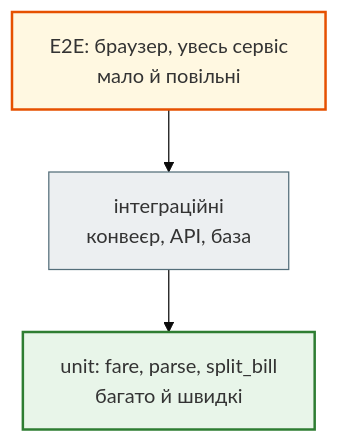
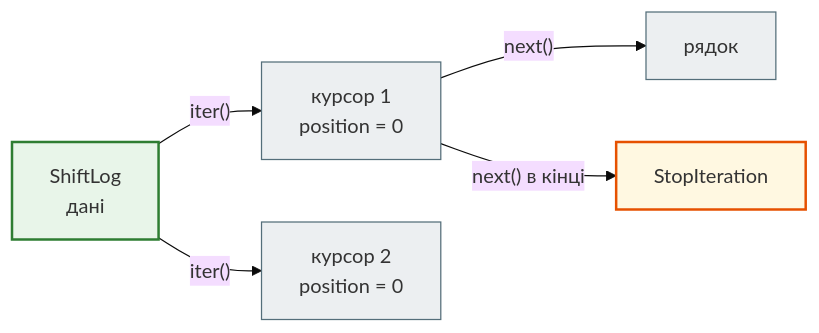
One commit to AlinaRadchenko/PY-Course-Victor-Nikoriak-22-09-2026 changed the first of 4 diagrams in docs/modules/m2/lesson_25.md. Above: the diagram before and after it, drawn with Mermaid (base theme). The commit also changed other lines of this file and 1846 other files, not shown here.

````diff
--- a/docs/modules/m2/lesson_25.md
+++ b/docs/modules/m2/lesson_25.md
@@ -559,17 +103,18 @@
 ```mermaid
-flowchart TD
+flowchart LR
     classDef step     fill:#eceff1,stroke:#546e7a,stroke-width:1px;
     classDef decision fill:#e3f2fd,stroke:#1565c0,stroke-width:2px;
     classDef success  fill:#e8f5e9,stroke:#2e7d32,stroke-width:2px;
     classDef error    fill:#ffebee,stroke:#c62828,stroke-width:3px;
     classDef warning  fill:#fff8e1,stroke:#e65100,stroke-width:2px;
 
-    E2E["E2E: браузер, увесь сервіс<br>мало й повільні"]
-    INT["інтеграційні<br>конвеєр, API, база"]
-    UNIT["unit: fare, parse, split_bill<br>багато й швидкі"]
-    E2E --> INT --> UNIT
+    LOG["ShiftLog<br>дані"] -- "iter()" --> C1["курсор 1<br>position = 0"]
+    LOG -- "iter()" --> C2["курсор 2<br>position = 0"]
+    C1 -- "next()" --> L["рядок"]
+    C1 -- "next() в кінці" --> STOP["StopIteration"]
 
-    class E2E warning
-    class INT step
-    class UNIT success
+    class LOG success
+    class C1,C2 step
+    class L step
+    class STOP warning
 ```
````
